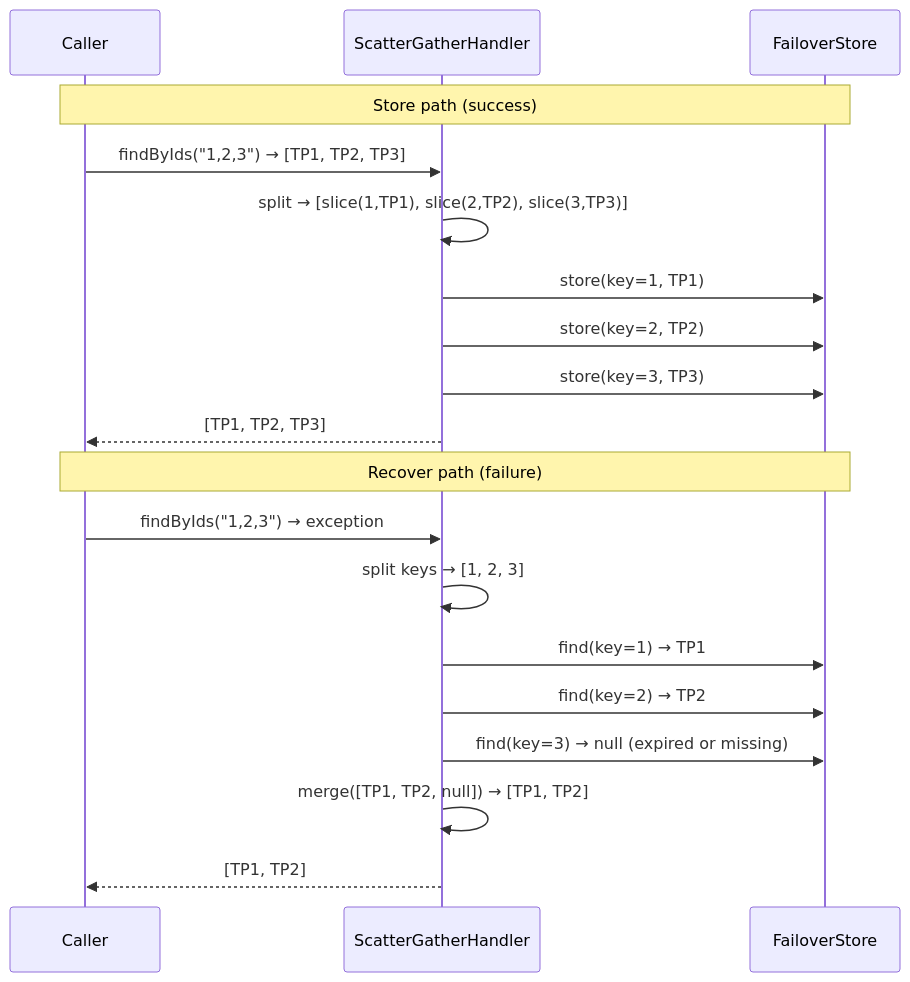
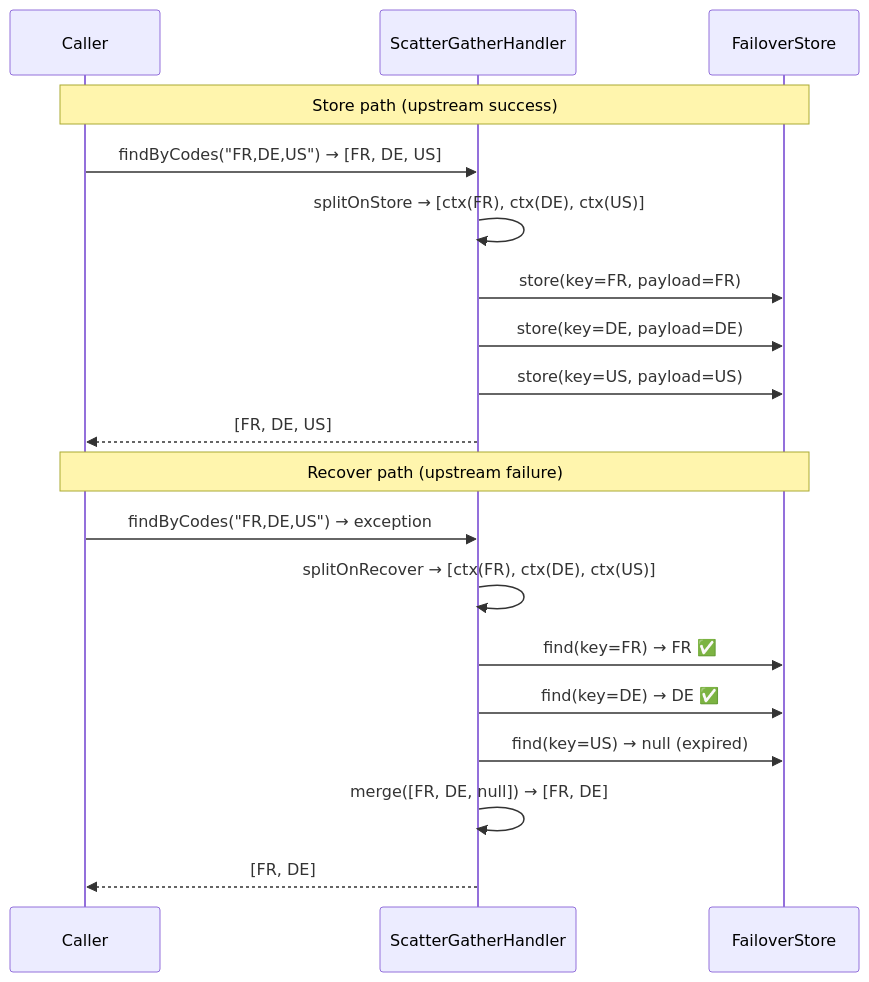
Before and after one commit to societe-generale/failover: the diagram in docs/concepts/scatter-gather.md, drawn with Mermaid. The commit also changed other lines of this file and 84 other files, not shown here.

````diff
--- a/docs/concepts/scatter-gather.md
+++ b/docs/concepts/scatter-gather.md
@@ -18,23 +31,23 @@
 ```mermaid
 sequenceDiagram
     participant C as Caller
     participant H as ScatterGatherHandler
     participant S as FailoverStore
 
-    note over C,S: Store path (success)
-    C->>H: findByIds("1,2,3") → [TP1, TP2, TP3]
-    H->>H: split → [slice(1,TP1), slice(2,TP2), slice(3,TP3)]
-    H->>S: store(key=1, TP1)
-    H->>S: store(key=2, TP2)
-    H->>S: store(key=3, TP3)
-    H-->>C: [TP1, TP2, TP3]
+    note over C,S: Store path (upstream success)
+    C->>H: findByCodes("FR,DE,US") → [FR, DE, US]
+    H->>H: splitOnStore → [ctx(FR), ctx(DE), ctx(US)]
+    H->>S: store(key=FR, payload=FR)
+    H->>S: store(key=DE, payload=DE)
+    H->>S: store(key=US, payload=US)
+    H-->>C: [FR, DE, US]
 
-    note over C,S: Recover path (failure)
-    C->>H: findByIds("1,2,3") → exception
-    H->>H: split keys → [1, 2, 3]
-    H->>S: find(key=1) → TP1
-    H->>S: find(key=2) → TP2
-    H->>S: find(key=3) → null (expired or missing)
-    H->>H: merge([TP1, TP2, null]) → [TP1, TP2]
-    H-->>C: [TP1, TP2]
+    note over C,S: Recover path (upstream failure)
+    C->>H: findByCodes("FR,DE,US") → exception
+    H->>H: splitOnRecover → [ctx(FR), ctx(DE), ctx(US)]
+    H->>S: find(key=FR) → FR ✅
+    H->>S: find(key=DE) → DE ✅
+    H->>S: find(key=US) → null (expired)
+    H->>H: merge([FR, DE, null]) → [FR, DE]
+    H-->>C: [FR, DE]
 ```
````
